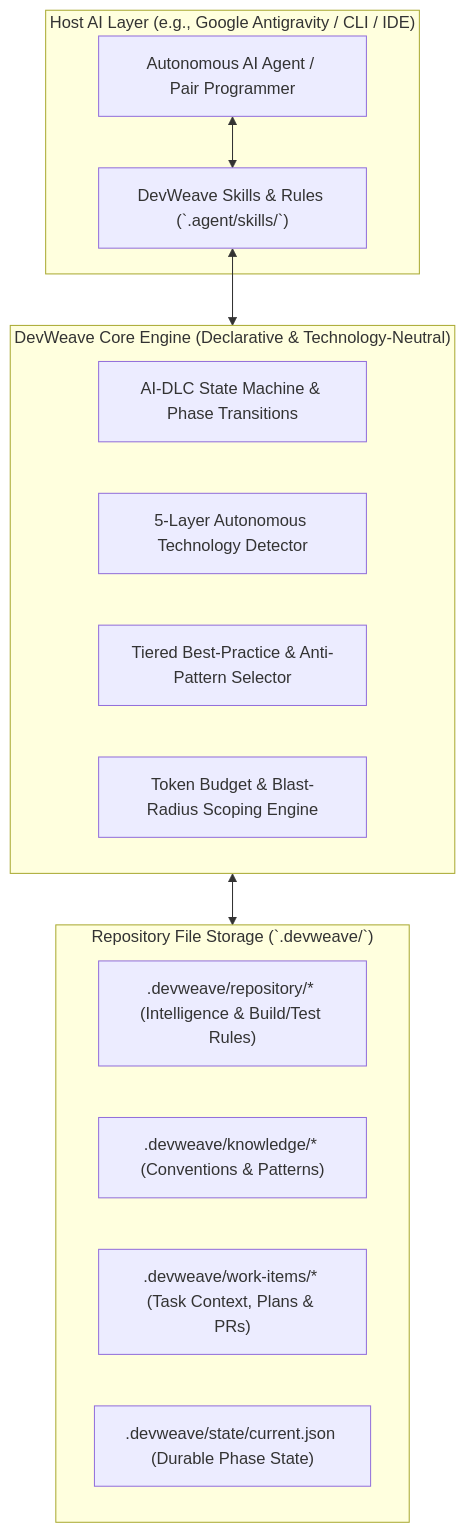
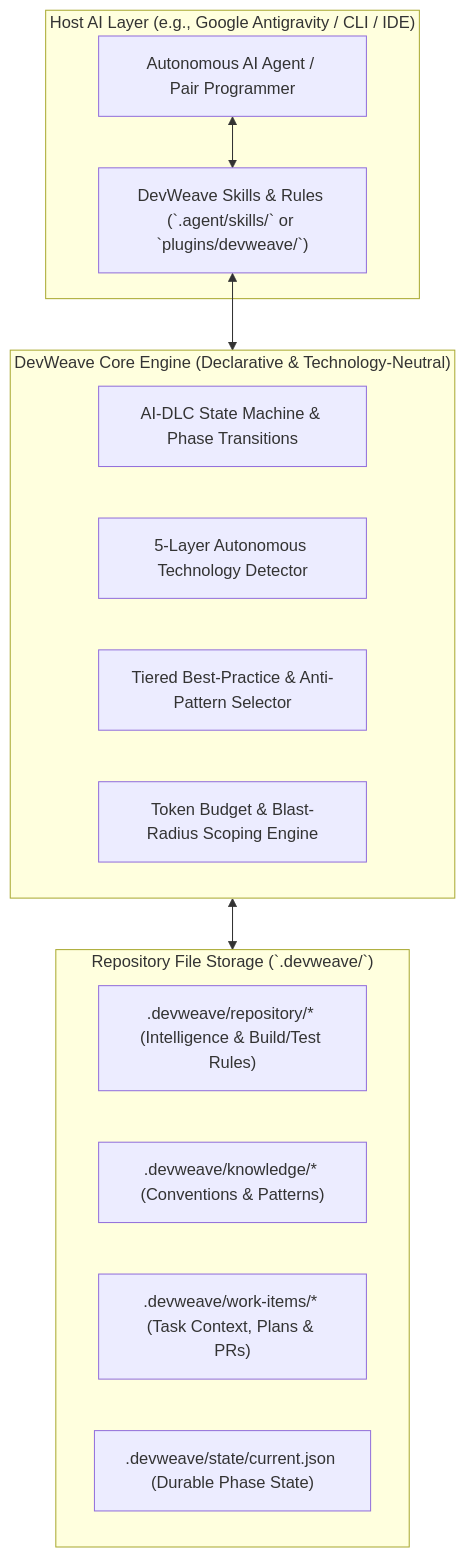
One commit to paarthivnaik/DevWeave changed the second of 6 diagrams in docs/getting-started.md. Above: the diagram before and after it, drawn with Mermaid. The commit also changed other lines of this file and 17 other files, not shown here.

Commit message:
feat(workflow): synchronize DevWeave with canonical 6-phase lifecycle, fix lane, modernization lane, and HITL governance

````diff
--- a/docs/getting-started.md
+++ b/docs/getting-started.md
@@ -37,25 +37,25 @@
 ```mermaid
 flowchart TD
     subgraph HostLayer["Host AI Layer (e.g., Google Antigravity / CLI / IDE)"]
         Agent["Autonomous AI Agent / Pair Programmer"]
-        Skills["DevWeave Skills & Rules (`.agent/skills/`)"]
+        Skills["DevWeave Skills & Rules (`.agent/skills/` or `plugins/devweave/`)"]
     end
 
     subgraph CoreLayer["DevWeave Core Engine (Declarative & Technology-Neutral)"]
         StateEngine["AI-DLC State Machine & Phase Transitions"]
         TechDetector["5-Layer Autonomous Technology Detector"]
         PracticeEngine["Tiered Best-Practice & Anti-Pattern Selector"]
         BudgetEngine["Token Budget & Blast-Radius Scoping Engine"]
     end
 
     subgraph StorageLayer["Repository File Storage (`.devweave/`)"]
         RepoMeta[".devweave/repository/* (Intelligence & Build/Test Rules)"]
         Knowledge[".devweave/knowledge/* (Conventions & Patterns)"]
         WorkItems[".devweave/work-items/* (Task Context, Plans & PRs)"]
         LiveState[".devweave/state/current.json (Durable Phase State)"]
     end
 
     Agent <--> Skills
     Skills <--> CoreLayer
     CoreLayer <--> StorageLayer
 ```
````
